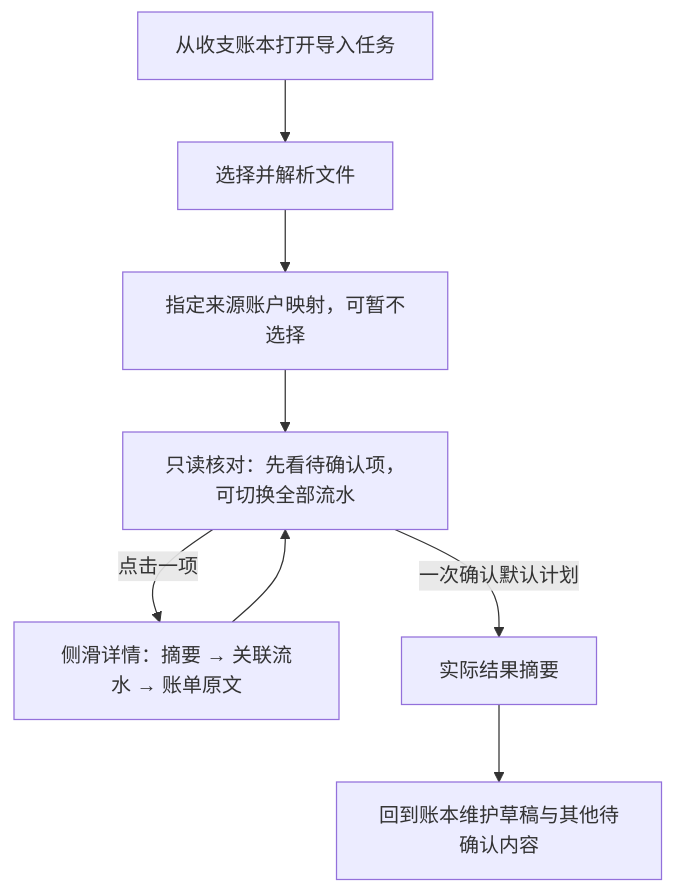
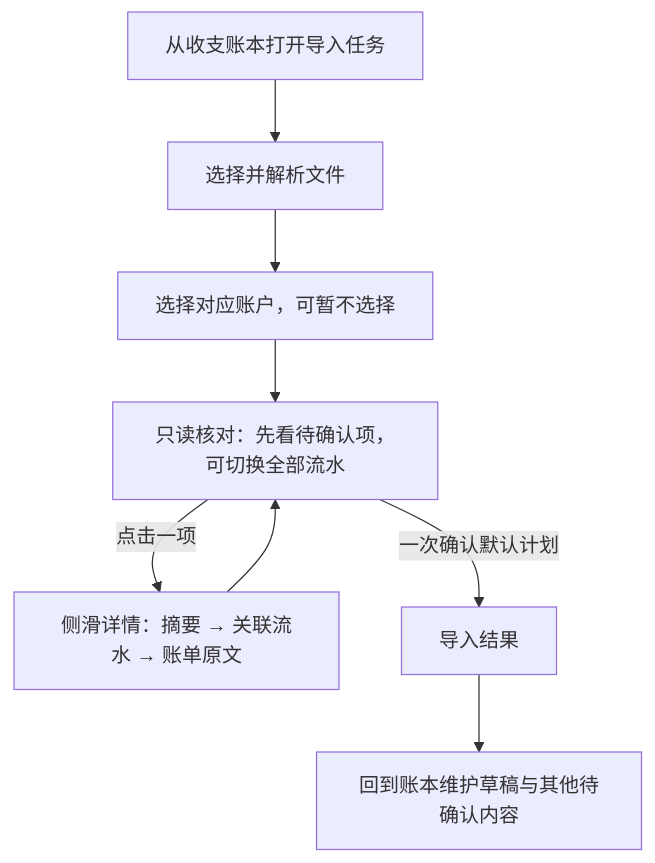
One commit to ssttkkl/finance-tracker changed the diagram in openspec/changes/compose-cash-import-workflow/design.md. Above: the diagram before and after it, drawn with Mermaid. The commit also changed other lines of this file and 21 other files, not shown here.

````diff
--- a/openspec/changes/compose-cash-import-workflow/design.md
+++ b/openspec/changes/compose-cash-import-workflow/design.md
@@ -21,10 +25,10 @@
 ```mermaid
 flowchart TD
     A[从收支账本打开导入任务] --> B[选择并解析文件]
-    B --> C[指定来源账户映射，可暂不选择]
+    B --> C[选择对应账户，可暂不选择]
     C --> D[只读核对：先看待确认项，可切换全部流水]
     D -->|点击一项| E[侧滑详情：摘要 → 关联流水 → 账单原文]
     E --> D
-    D -->|一次确认默认计划| F[实际结果摘要]
+    D -->|一次确认默认计划| F[导入结果]
     F --> G[回到账本维护草稿与其他待确认内容]
 ```
````
